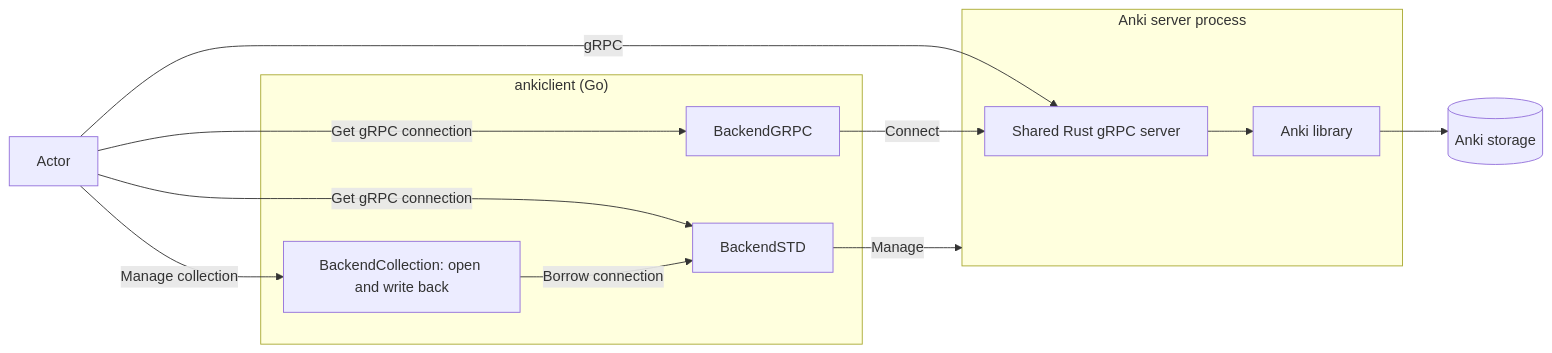
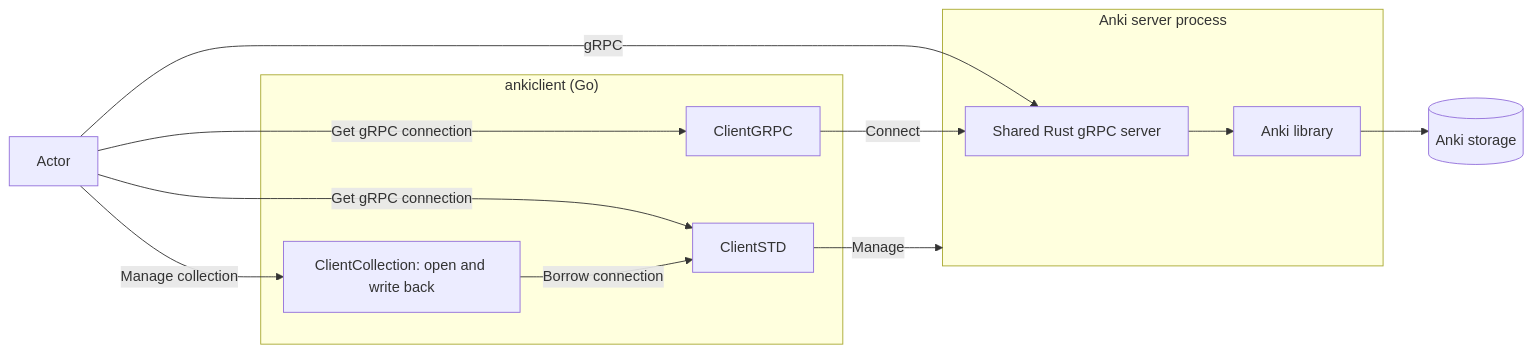
One commit to alwaldend/src changed the diagram in projects/anki_grpc/docs/architecture.mmd. Above: the diagram before and after it, drawn with Mermaid. The commit also changed 58 other files, not shown here.

```diff
--- a/projects/anki_grpc/docs/architecture.mmd
+++ b/projects/anki_grpc/docs/architecture.mmd
@@ -1,19 +1,19 @@
 flowchart LR
     actor[Actor]
     subgraph anki_grpc_library["ankiclient (Go)"]
-        backend[BackendSTD]
-        connection[BackendGRPC]
-        collection[BackendCollection: open and write back]
+        backend[ClientSTD]
+        connection[ClientGRPC]
+        collection[ClientCollection: open and write back]
     end
     subgraph anki_grpc_server["Anki server process"]
         server[Shared Rust gRPC server] --> library[Anki library]
     end
     storage[("Anki storage")]
     actor -->|gRPC| server
     actor -->|Get gRPC connection| backend
     actor -->|Get gRPC connection| connection
     actor -->|Manage collection| collection
     collection -->|Borrow connection| backend
     connection -->|Connect| server
     backend -->|Manage| anki_grpc_server
     library --> storage
```
